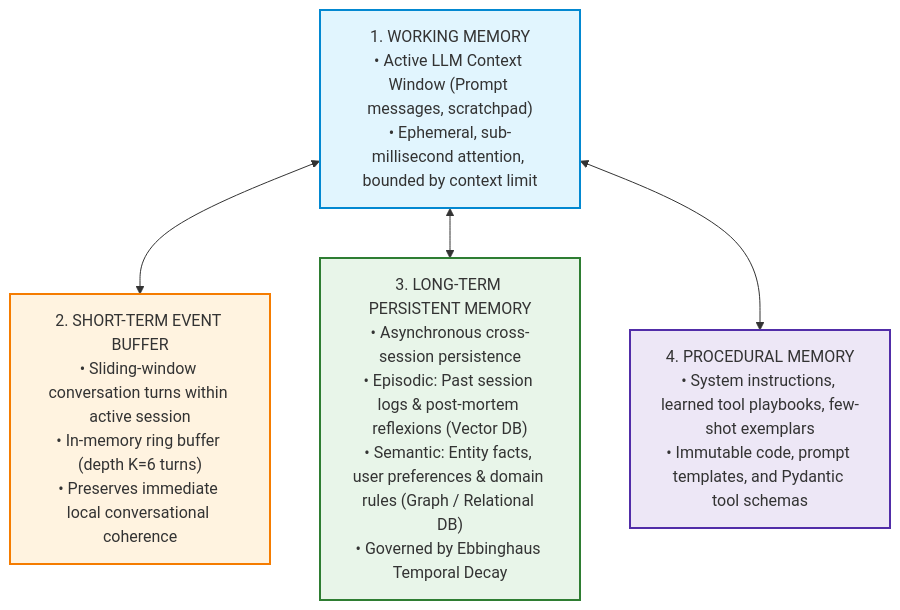
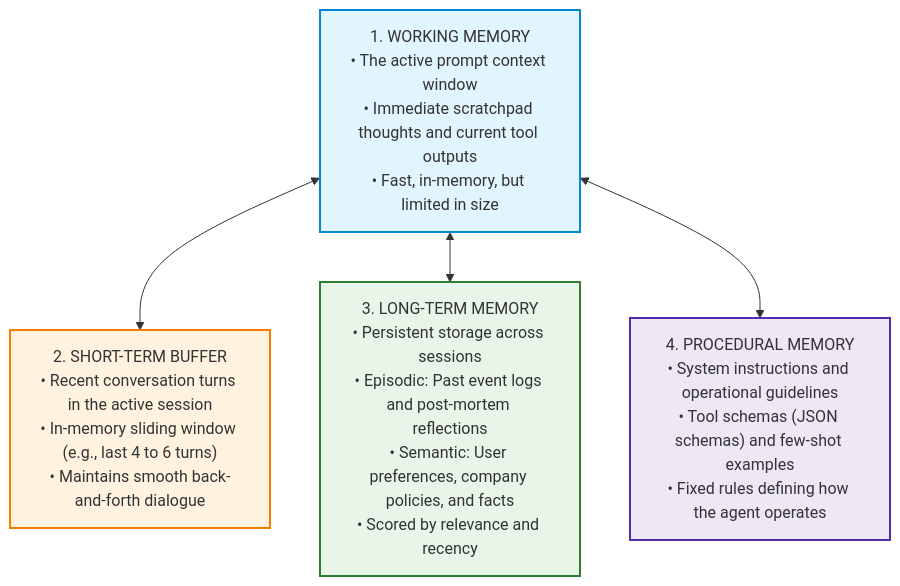
Before and after one commit to dip4k/senior-engineer-to-ai-engineer-roadmap: the second of 5 diagrams in 04-agentic-systems-and-orchestration/04-agent-memory-systems-and-cognitive-architectures.md, drawn with Mermaid. The commit also changed other lines of this file and 11 other files, not shown here.

````diff
--- a/04-agentic-systems-and-orchestration/04-agent-memory-systems-and-cognitive-architectures.md
+++ b/04-agentic-systems-and-orchestration/04-agent-memory-systems-and-cognitive-architectures.md
@@ -57,15 +57,15 @@
 ```mermaid
 flowchart TD
     classDef wm fill:#e1f5fe,stroke:#0288d1,stroke-width:2px;
     classDef st fill:#fff3e0,stroke:#f57c00,stroke-width:2px;
     classDef lt fill:#e8f5e9,stroke:#2e7d32,stroke-width:2px;
     classDef pm fill:#ede7f6,stroke:#512da8,stroke-width:2px;
 
-    WM["1. WORKING MEMORY\n• Active LLM Context Window (Prompt messages, scratchpad)\n• Ephemeral, sub-millisecond attention, bounded by context limit"]:::wm
+    WM["1. WORKING MEMORY\n• The active prompt context window\n• Immediate scratchpad thoughts and current tool outputs\n• Fast, in-memory, but limited in size"]:::wm
     
-    WM <--> ST["2. SHORT-TERM EVENT BUFFER\n• Sliding-window conversation turns within active session\n• In-memory ring buffer (depth K=6 turns)\n• Preserves immediate local conversational coherence"]:::st
+    WM <--> ST["2. SHORT-TERM BUFFER\n• Recent conversation turns in the active session\n• In-memory sliding window (e.g., last 4 to 6 turns)\n• Maintains smooth back-and-forth dialogue"]:::st
     
-    WM <--> LT["3. LONG-TERM PERSISTENT MEMORY\n• Asynchronous cross-session persistence\n• Episodic: Past session logs & post-mortem reflexions (Vector DB)\n• Semantic: Entity facts, user preferences & domain rules (Graph / Relational DB)\n• Governed by Ebbinghaus Temporal Decay"]:::lt
+    WM <--> LT["3. LONG-TERM MEMORY\n• Persistent storage across sessions\n• Episodic: Past event logs and post-mortem reflections\n• Semantic: User preferences, company policies, and facts\n• Scored by relevance and recency"]:::lt
     
-    WM <--> PM["4. PROCEDURAL MEMORY\n• System instructions, learned tool playbooks, few-shot exemplars\n• Immutable code, prompt templates, and Pydantic tool schemas"]:::pm
+    WM <--> PM["4. PROCEDURAL MEMORY\n• System instructions and operational guidelines\n• Tool schemas (JSON schemas) and few-shot examples\n• Fixed rules defining how the agent operates"]:::pm
 ```
````
